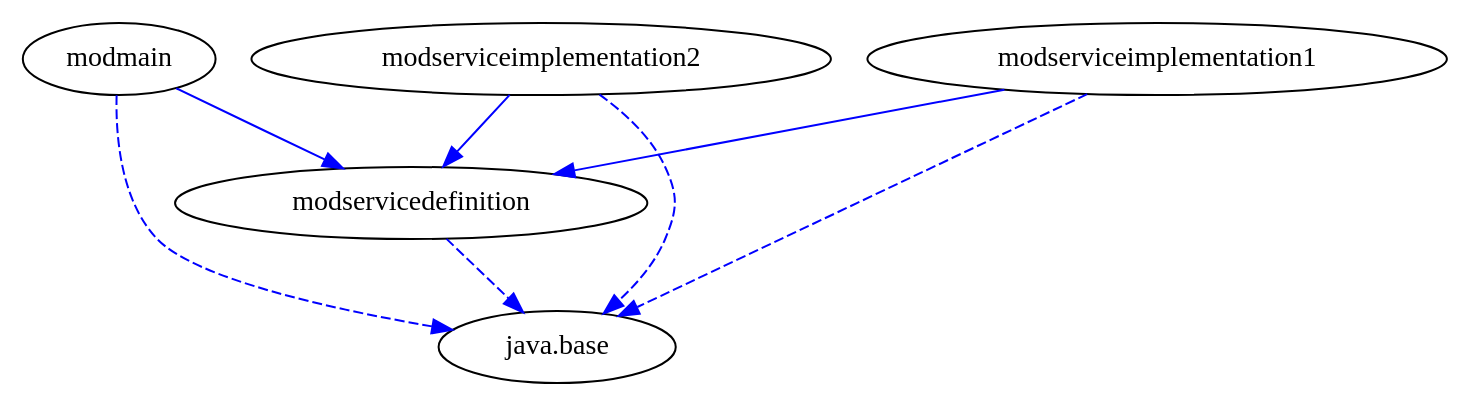
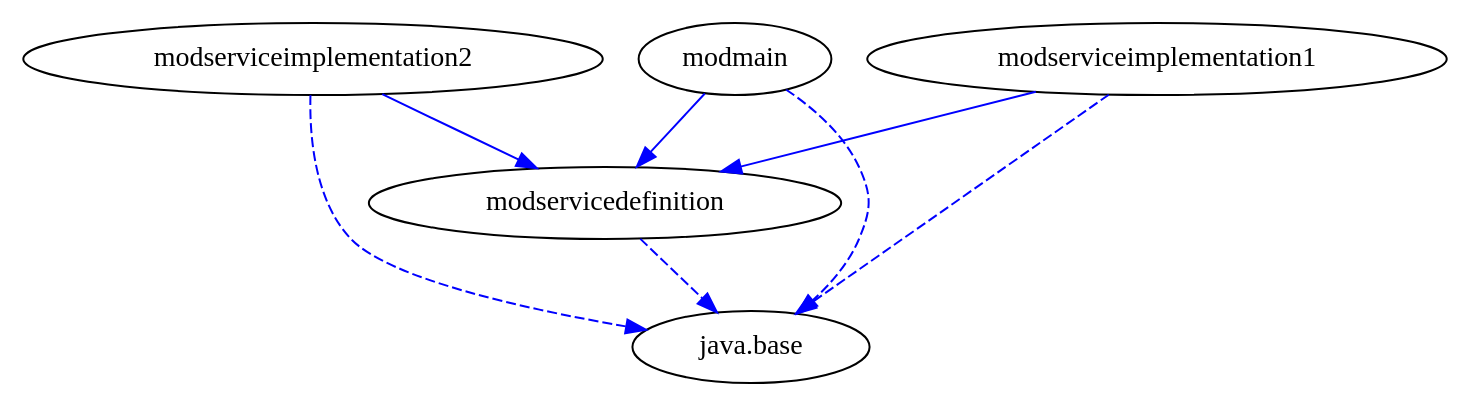
Before and after one commit to accso/java9-jigsaw-examples: the diagram in jigsaw-examples/example_uses-provides/moduledependencies.dot, drawn with Graphviz. The commit also changed 81 other files, not shown here.

```diff
--- a/jigsaw-examples/example_uses-provides/moduledependencies.dot
+++ b/jigsaw-examples/example_uses-provides/moduledependencies.dot
@@ -1,15 +1,15 @@
-# Created by depvis.JigsawDepVisualizer on Sun Nov 20 17:45:08 CET 2016
+# Created by depvis.JigsawDepVisualizer on Fri Dec 30 11:19:08 CET 2016
 digraph Java9_Dependency_Visualizer {
-modmain[fontname="Consolas",shape="ellipse",label="modmain"];
 modservicedefinition[fontname="Consolas",shape="ellipse",label="modservicedefinition"];
 java_base[fontname="Consolas",shape="ellipse",label="java.base"];
 modserviceimplementation2[fontname="Consolas",shape="ellipse",label="modserviceimplementation2"];
+modmain[fontname="Consolas",shape="ellipse",label="modmain"];
 modserviceimplementation1[fontname="Consolas",shape="ellipse",label="modserviceimplementation1"];
-modmain -> modservicedefinition[color="#0000ff",fontname="Consolas",fontcolor="#0000ff",weight="8"]
-modmain -> java_base[color="#0000ff",fontname="Consolas",fontcolor="#0000ff",style="dashed",weight="16"]
 modservicedefinition -> java_base[color="#0000ff",fontname="Consolas",fontcolor="#0000ff",style="dashed",weight="16"]
 modserviceimplementation2 -> modservicedefinition[color="#0000ff",fontname="Consolas",fontcolor="#0000ff",weight="8"]
 modserviceimplementation2 -> java_base[color="#0000ff",fontname="Consolas",fontcolor="#0000ff",style="dashed",weight="16"]
+modmain -> modservicedefinition[color="#0000ff",fontname="Consolas",fontcolor="#0000ff",weight="8"]
+modmain -> java_base[color="#0000ff",fontname="Consolas",fontcolor="#0000ff",style="dashed",weight="16"]
 modserviceimplementation1 -> modservicedefinition[color="#0000ff",fontname="Consolas",fontcolor="#0000ff",weight="8"]
 modserviceimplementation1 -> java_base[color="#0000ff",fontname="Consolas",fontcolor="#0000ff",style="dashed",weight="16"]
 }
```
